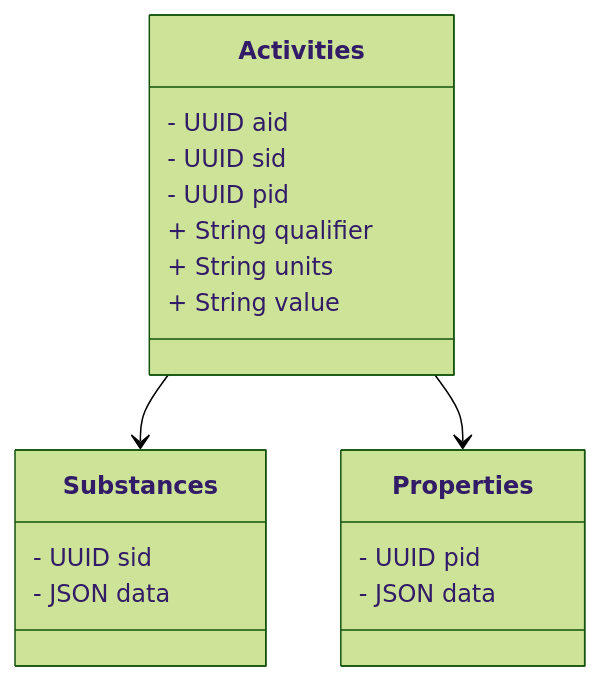
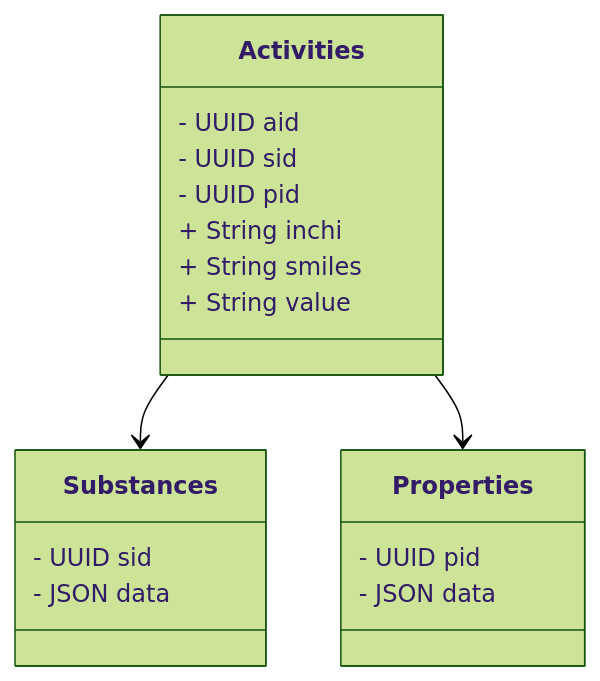
One commit to biobricks-ai/chemharmony changed the diagram in README.md. Above: the diagram before and after it, drawn with Mermaid (forest theme). The commit also changed other lines of this file and 2 other files, not shown here.

Commit message:
add smiles column to activities.parquet

````diff
--- a/README.md
+++ b/README.md
@@ -6,26 +6,26 @@
 ```mermaid
 classDiagram
 
     class Substances{
         - UUID sid
         - JSON data
     }
 
     class Properties{
         - UUID pid
         - JSON data
     }
 
     class Activities{
         - UUID aid 
         - UUID sid
         - UUID pid
-        + String qualifier
-        + String units
+        + String inchi
+        + String smiles
         + String value
     }
 
     Activities --> Substances
     Activities --> Properties
 
 ```
````
